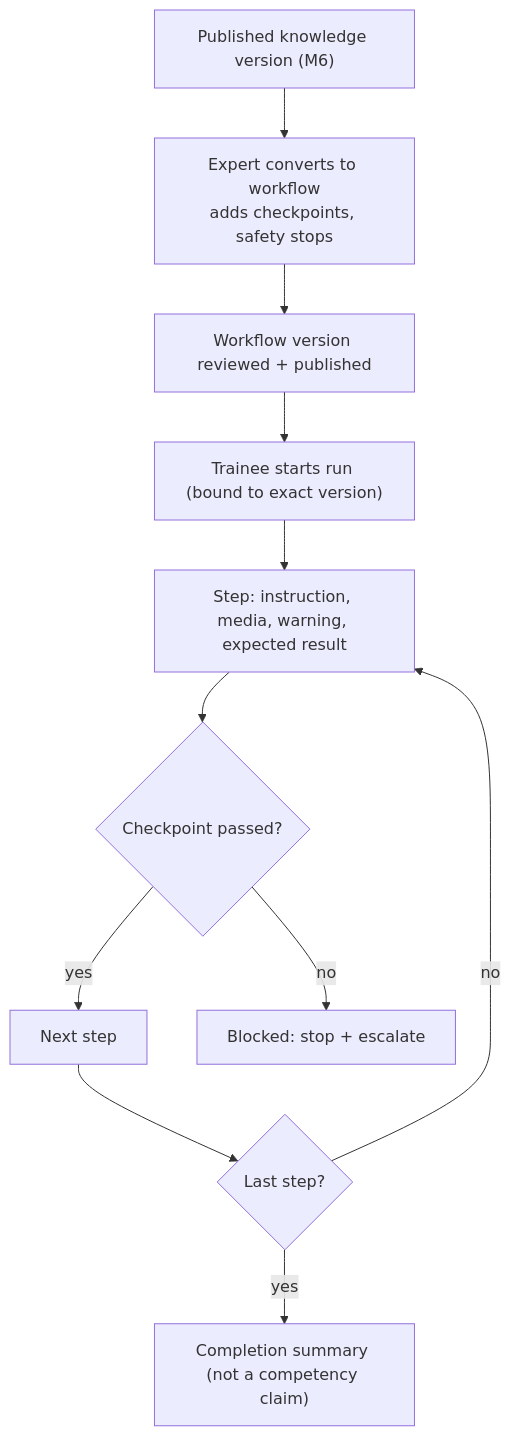
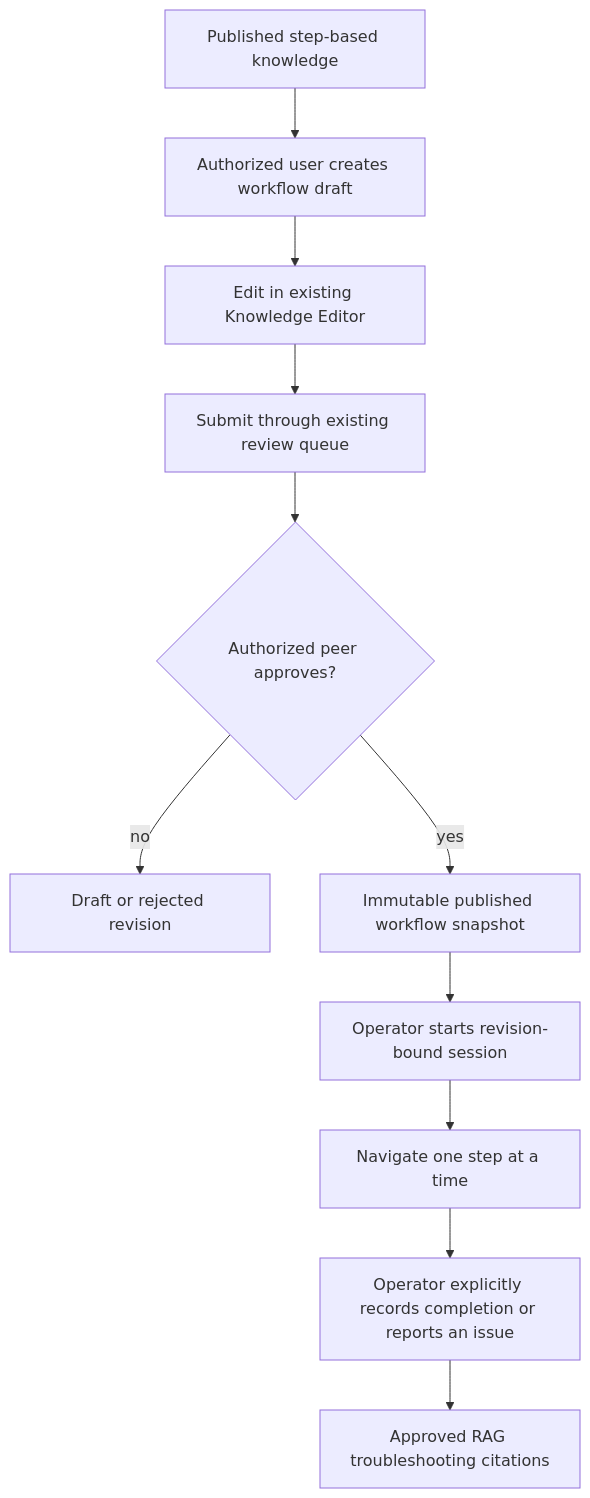
One commit to janhavii67/CodeKarma_4_GurukulAI_Batch1 changed the diagram in docs/modules/03-guided-workflows.md. Above: the diagram before and after it, drawn with Mermaid. The commit also changed other lines of this file and 192 other files, not shown here.

````diff
--- a/docs/modules/03-guided-workflows.md
+++ b/docs/modules/03-guided-workflows.md
@@ -6,13 +11,13 @@
 ```mermaid
 flowchart TD
-  A["Published knowledge version (M6)"] --> B["Expert converts to workflow<br/>adds checkpoints, safety stops"]
-  B --> C["Workflow version reviewed + published"]
-  C --> D["Trainee starts run (bound to exact version)"]
-  D --> E["Step: instruction, media, warning, expected result"]
-  E --> F{"Checkpoint passed?"}
-  F -- yes --> G["Next step"]
-  F -- no --> H["Blocked: stop + escalate"]
-  G --> I{"Last step?"}
-  I -- no --> E
-  I -- yes --> J["Completion summary (not a competency claim)"]
+  A[Published step-based knowledge] --> B[Authorized user creates workflow draft]
+  B --> C[Edit in existing Knowledge Editor]
+  C --> D[Submit through existing review queue]
+  D --> E{Authorized peer approves?}
+  E -- no --> F[Draft or rejected revision]
+  E -- yes --> G[Immutable published workflow snapshot]
+  G --> H[Operator starts revision-bound session]
+  H --> I[Navigate one step at a time]
+  I --> J[Operator explicitly records completion or reports an issue]
+  J --> K[Approved RAG troubleshooting citations]
 ```
````
